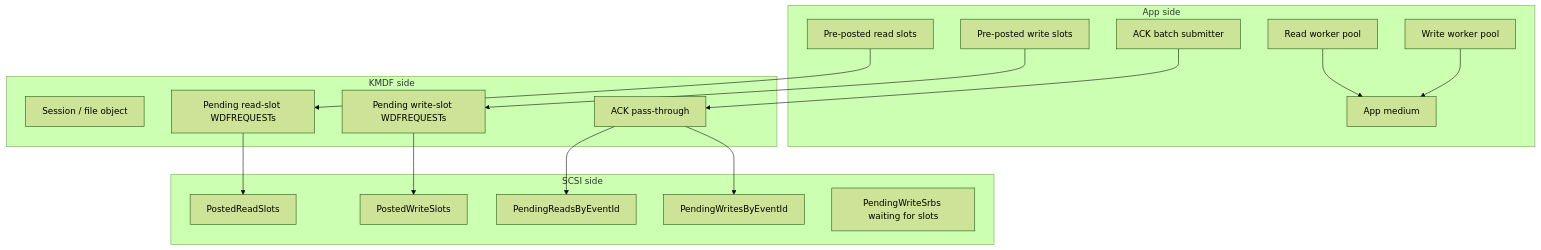
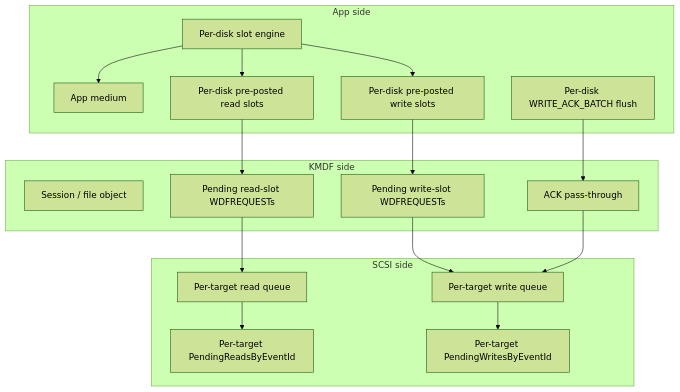
The fifth of 5 diagrams in docs/tmp/app-owned-media-queue-protocol-design.md (Zightch/yumedisk), drawn with Mermaid (forest theme) before and after one commit. The commit also changed other lines of this file and 8 other files, not shown here.

Commit message:
Refactor per-disk app and SCSI queue concurrency

````diff
--- a/docs/tmp/app-owned-media-queue-protocol-design.md
+++ b/docs/tmp/app-owned-media-queue-protocol-design.md
@@ -520,34 +520,34 @@
 ```mermaid
 flowchart TB
     subgraph AppSide[App side]
-        AR[Read worker pool]
-        AW[Write worker pool]
+        SE[Per-disk slot engine]
         RM[App medium]
-        RQ[Pre-posted read slots]
-        WQ[Pre-posted write slots]
-        ACK[ACK batch submitter]
+        RQ[Per-disk pre-posted read slots]
+        WQ[Per-disk pre-posted write slots]
+        ACK[Per-disk WRITE_ACK_BATCH flush]
     end
 
     subgraph KMDFSide[KMDF side]
         KS[Session / file object]
         KR[Pending read-slot WDFREQUESTs]
         KW[Pending write-slot WDFREQUESTs]
         KA[ACK pass-through]
     end
 
     subgraph SCSISide[SCSI side]
-        PRS[PostedReadSlots]
-        PWS[PostedWriteSlots]
-        PRI[PendingReadsByEventId]
-        PWI[PendingWritesByEventId]
-        WSRB[PendingWriteSrbs waiting for slots]
+        PRQ[Per-target read queue]
+        PWQ[Per-target write queue]
+        PRI[Per-target PendingReadsByEventId]
+        PWI[Per-target PendingWritesByEventId]
     end
 
-    RQ --> KR --> PRS
-    WQ --> KW --> PWS
-    AR --> RM
-    AW --> RM
+    SE --> RM
+    SE --> RQ
+    SE --> WQ
     ACK --> KA
-    KA --> PRI
-    KA --> PWI
+    RQ --> KR --> PRQ
+    WQ --> KW --> PWQ
+    KA --> PWQ
+    PRQ --> PRI
+    PWQ --> PWI
 ```
````
